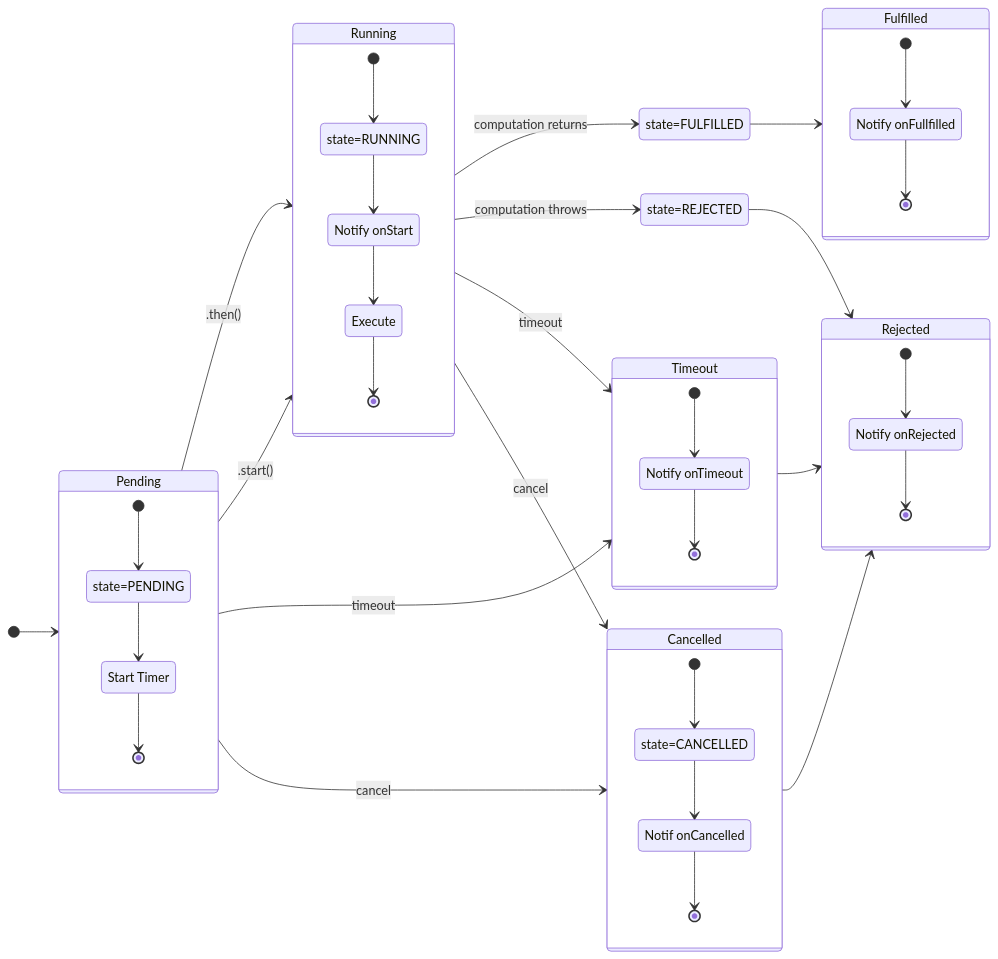
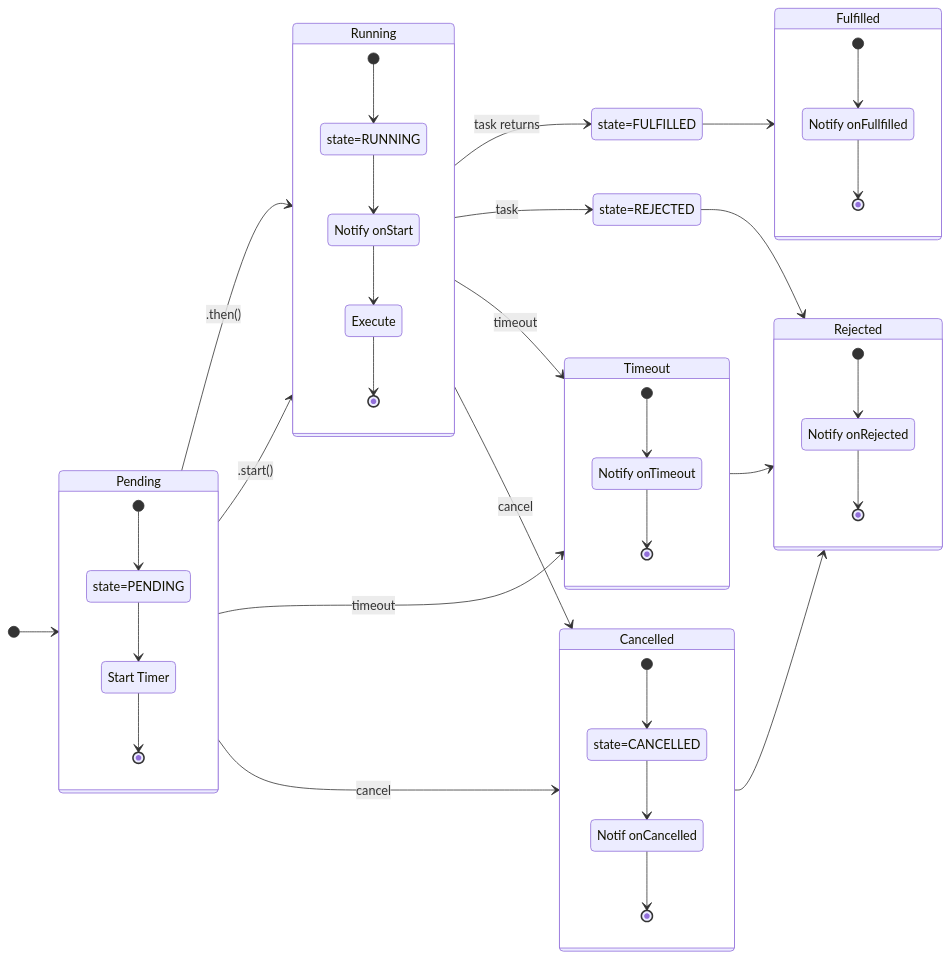
One commit to BobKerns/better-future changed the diagram in src/images/timeoutFromNow.mmd. Above: the diagram before and after it, drawn with Mermaid. The commit also changed 18 other files, not shown here.

Commit message:
Massive rename: computation -> task.

```diff
--- a/src/images/timeoutFromNow.mmd
+++ b/src/images/timeoutFromNow.mmd
@@ -1,56 +1,56 @@
 stateDiagram-v2
     direction LR
     [*] --> Pending
     Pending --> Running : .then()
     Pending --> Running : .start()
-    Running --> state=FULFILLED : computation returns
+    Running --> state=FULFILLED : task returns
     state=FULFILLED --> Fulfilled
-    Running --> state=REJECTED : computation throws
+    Running --> state=REJECTED : task
     state=REJECTED --> Rejected
     Running --> Timeout : timeout
 
     Pending --> Timeout : timeout
     Timeout --> Rejected
     Pending --> Cancelled : cancel
     Running --> Cancelled : cancel
     Cancelled --> Rejected
 
     state Pending {
       [*] --> state=PENDING
       state=PENDING --> Timer
       Timer --> [*]
       Timer : Start Timer
     }
 
      state Running {
       [*] --> state=RUNNING
       state=RUNNING --> NotifyStarted
       NotifyStarted --> Execute
       Execute --> [*]
       NotifyStarted : Notify onStart
     }
 
     state Fulfilled {
       [*] --> NotifyFulfilled
       NotifyFulfilled --> [*]
       NotifyFulfilled : Notify onFullfilled
     }
 
     state Rejected {
       [*] --> NotifyRejected
       NotifyRejected --> [*]
       NotifyRejected : Notify onRejected
     }
 
     state Timeout {
       [*] --> NotifyTimeout
       NotifyTimeout --> [*]
       NotifyTimeout : Notify onTimeout
     }
 
     state Cancelled {
       [*] --> state=CANCELLED
       state=CANCELLED --> NotifyCancelled
       NotifyCancelled --> [*]
       NotifyCancelled: Notif onCancelled
     }
```
